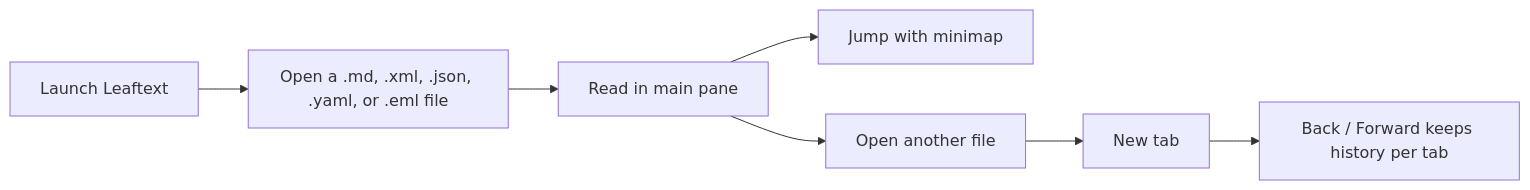
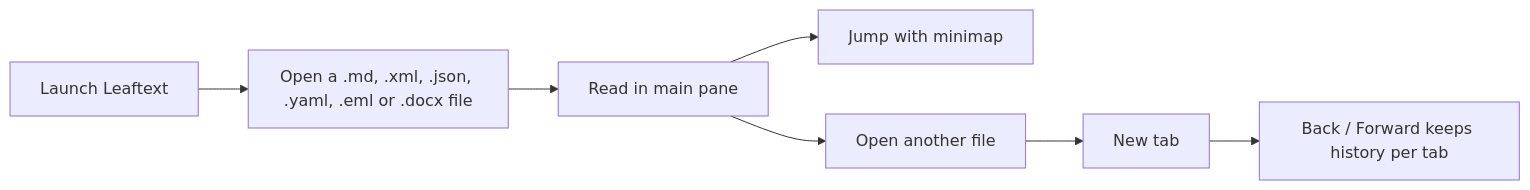
One commit to ryanallen/leaftext changed the diagram in docs/03-quickstart.md. Above: the diagram before and after it, drawn with Mermaid. The commit also changed other lines of this file and 17 other files, not shown here.

````diff
--- a/docs/03-quickstart.md
+++ b/docs/03-quickstart.md
@@ -18,9 +18,9 @@
 ```mermaid
 flowchart LR
-    A[Launch Leaftext] --> B[Open a .md, .xml, .json, .yaml, or .eml file]
+    A[Launch Leaftext] --> B[Open a .md, .xml, .json, .yaml, .eml or .docx file]
     B --> C[Read in main pane]
     C --> D[Jump with minimap]
     C --> E[Open another file]
     E --> F[New tab]
     F --> G[Back / Forward keeps history per tab]
 ```
````
